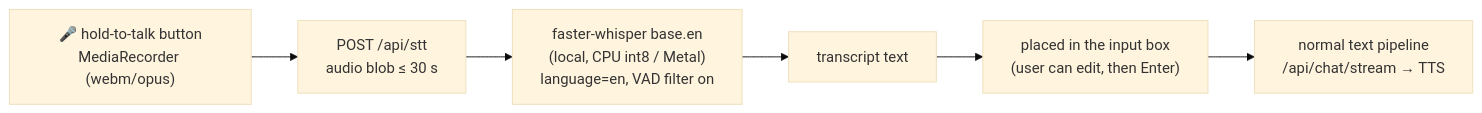
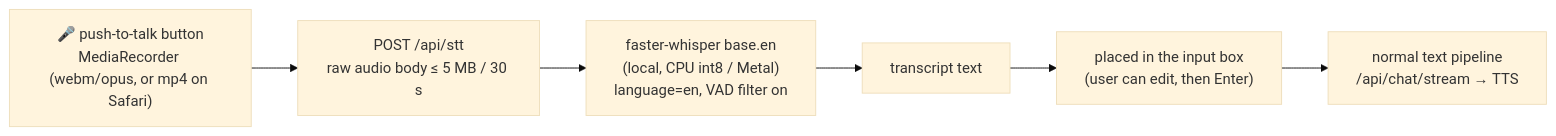
Before and after one commit to ShivaTeja05/Local-LLM-Based-Text-to-Speech-Application: the tenth of 12 diagrams in docs/ARCHITECTURE.md, drawn with Mermaid (base theme). The commit also changed other lines of this file and 109 other files, not shown here.

````diff
--- a/docs/ARCHITECTURE.md
+++ b/docs/ARCHITECTURE.md
@@ -510,8 +566,8 @@
 ```mermaid
 flowchart LR
-  M["🎤 hold-to-talk button<br/>MediaRecorder (webm/opus)"] --> U["POST /api/stt<br/>audio blob ≤ 30 s"]
+  M["🎤 push-to-talk button<br/>MediaRecorder (webm/opus, or mp4 on Safari)"] --> U["POST /api/stt<br/>raw audio body ≤ 5 MB / 30 s"]
   U --> W["faster-whisper base.en<br/>(local, CPU int8 / Metal)<br/>language=en, VAD filter on"]
   W --> T["transcript text"]
   T --> I["placed in the input box<br/>(user can edit, then Enter)"]
   I --> P["normal text pipeline<br/>/api/chat/stream → TTS"]
 ```
````
